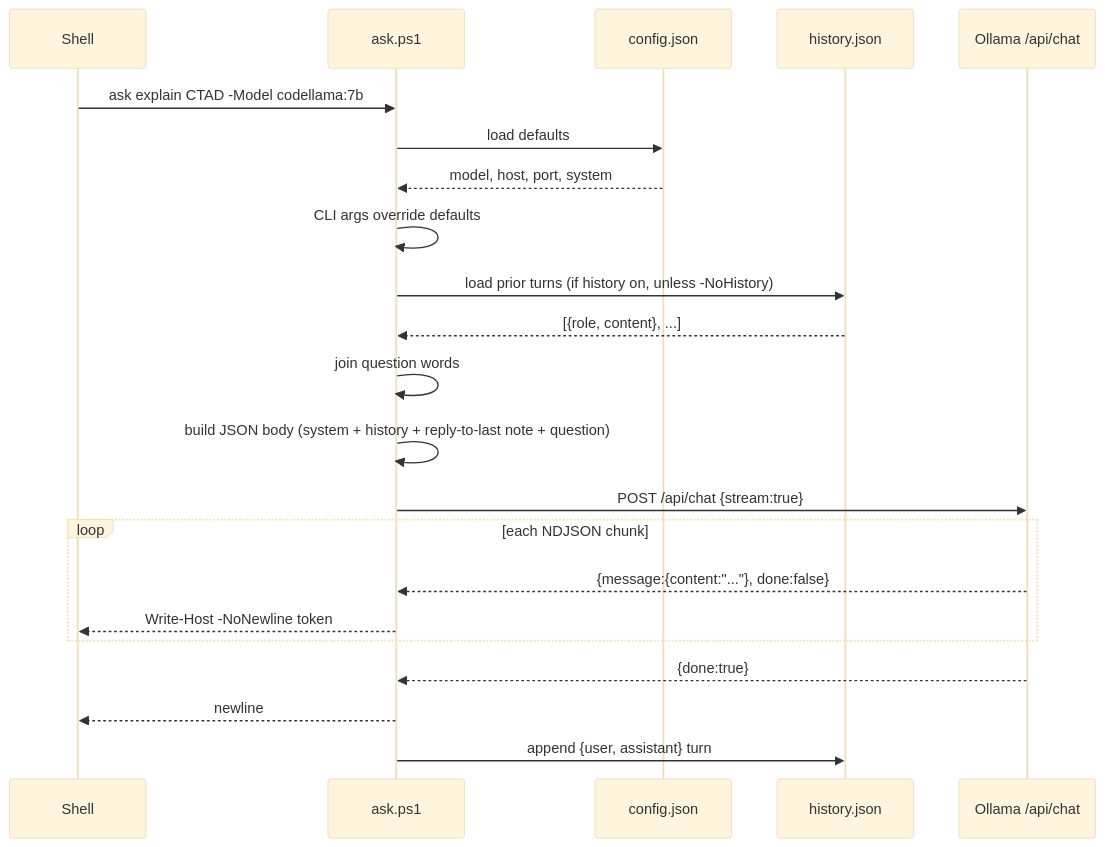
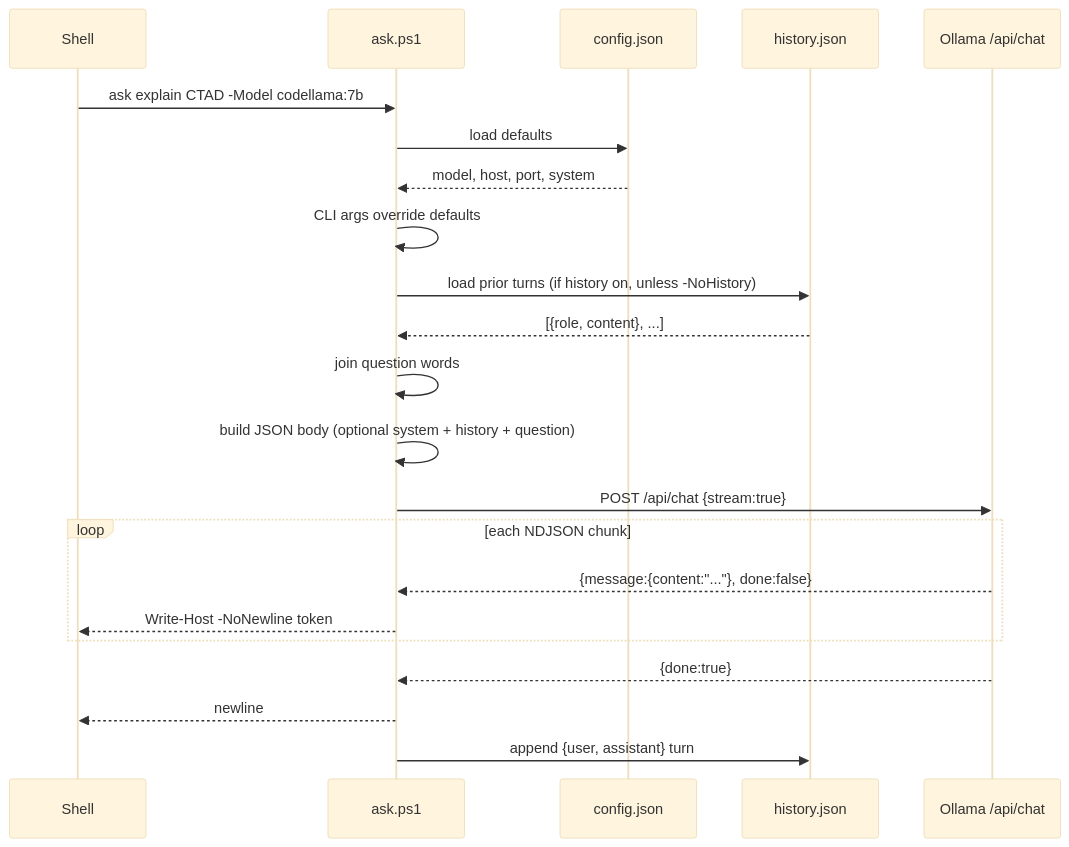
Before and after one commit to cschladetsch/Ps1Ask: the first of 5 diagrams in docs/architecture.md, drawn with Mermaid (base theme). The commit also changed other lines of this file and 3 other files, not shown here.

````diff
--- a/docs/architecture.md
+++ b/docs/architecture.md
@@ -10,25 +10,25 @@
 ```mermaid
 sequenceDiagram
     participant U as Shell
     participant A as ask.ps1
     participant C as config.json
     participant H as history.json
     participant O as Ollama /api/chat
 
     U->>A: ask explain CTAD -Model codellama:7b
     A->>C: load defaults
     C-->>A: model, host, port, system
     A->>A: CLI args override defaults
     A->>H: load prior turns (if history on, unless -NoHistory)
     H-->>A: [{role, content}, ...]
     A->>A: join question words
-    A->>A: build JSON body (system + history + reply-to-last note + question)
+    A->>A: build JSON body (optional system + history + question)
     A->>O: POST /api/chat {stream:true}
     loop each NDJSON chunk
         O-->>A: {message:{content:"..."}, done:false}
         A-->>U: Write-Host -NoNewline token
     end
     O-->>A: {done:true}
     A-->>U: newline
     A->>H: append {user, assistant} turn
 ```
````
